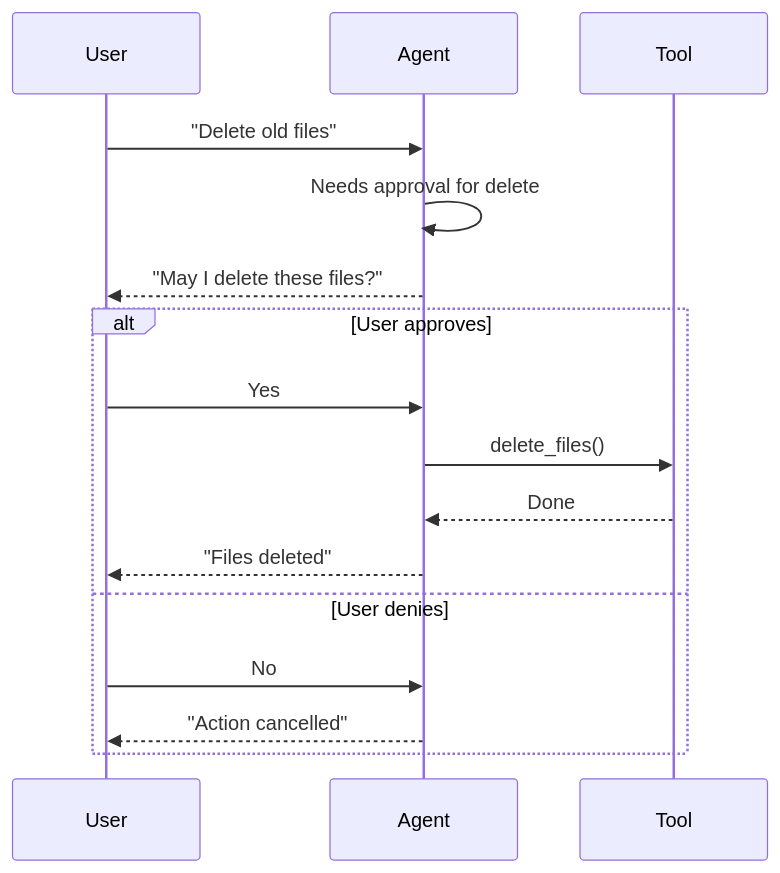
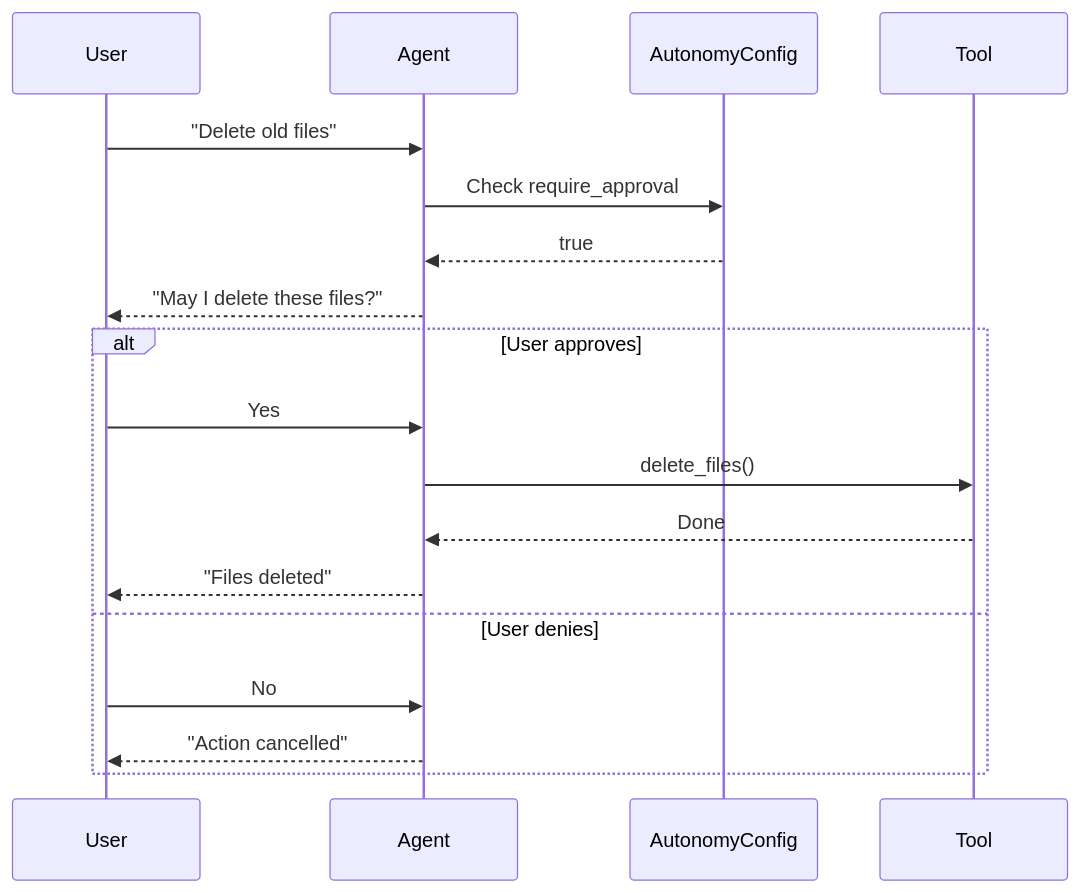
One commit to MervinPraison/PraisonAIDocs changed the second of 2 diagrams in docs/rust/approval.mdx. Above: the diagram before and after it, drawn with Mermaid. The commit also changed other lines of this file and 630 other files, not shown here.

````diff
--- a/docs/rust/approval.mdx
+++ b/docs/rust/approval.mdx
@@ -68,20 +78,22 @@
 ```mermaid
 sequenceDiagram
     participant User
     participant Agent
+    participant AutonomyConfig
     participant Tool
     
     User->>Agent: "Delete old files"
-    Agent->>Agent: Needs approval for delete
+    Agent->>AutonomyConfig: Check require_approval
+    AutonomyConfig-->>Agent: true
     Agent-->>User: "May I delete these files?"
     
     alt User approves
         User->>Agent: Yes
         Agent->>Tool: delete_files()
         Tool-->>Agent: Done
         Agent-->>User: "Files deleted"
     else User denies
         User->>Agent: No
         Agent-->>User: "Action cancelled"
     end
 ```
````
